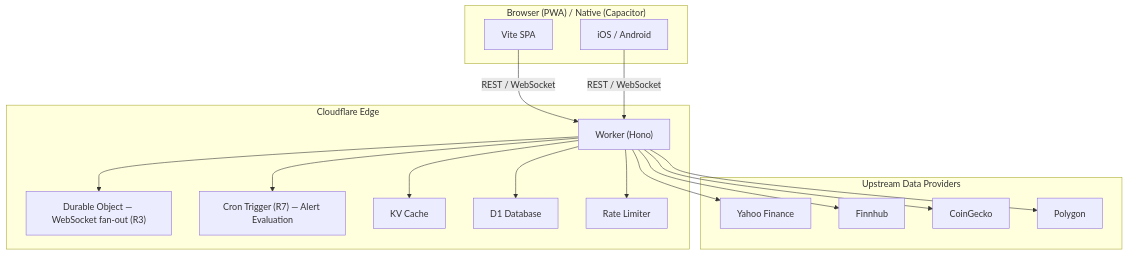
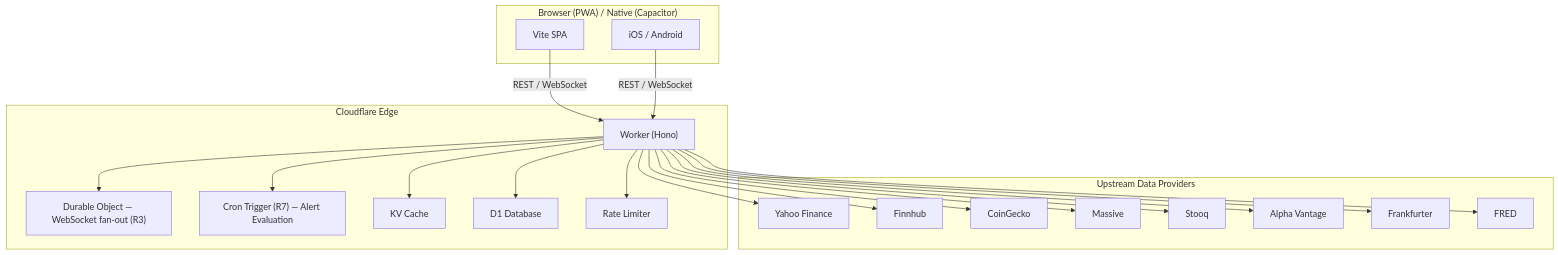
Before and after one commit to RajwanYair/CrossTide: the diagram in README.md, drawn with Mermaid. The commit also changed other lines of this file and 70 other files, not shown here.

Commit message:
docs: sync instructions, roadmap and changelog with project status

````diff
--- a/README.md
+++ b/README.md
@@ -203,35 +218,43 @@
 ```mermaid
 flowchart TD
   subgraph Client["Browser (PWA) / Native (Capacitor)"]
     SPA["Vite SPA"]
     Native["iOS / Android"]
   end
 
   subgraph Edge["Cloudflare Edge"]
     Worker["Worker (Hono)"]
     DO["Durable Object — WebSocket fan-out (R3)"]
     Cron["Cron Trigger (R7) — Alert Evaluation"]
     KV["KV Cache"]
     D1["D1 Database"]
     RL["Rate Limiter"]
   end
 
   subgraph Upstream["Upstream Data Providers"]
     Yahoo["Yahoo Finance"]
     Finnhub["Finnhub"]
     CoinGecko["CoinGecko"]
-    Polygon["Polygon"]
+    Massive["Massive"]
+    Stooq["Stooq"]
+    AlphaVantage["Alpha Vantage"]
+    Frankfurter["Frankfurter"]
+    FRED["FRED"]
   end
 
   SPA -- "REST / WebSocket" --> Worker
   Native -- "REST / WebSocket" --> Worker
   Worker --> DO
   Worker --> Cron
   Worker --> KV
   Worker --> D1
   Worker --> RL
   Worker --> Yahoo
   Worker --> Finnhub
   Worker --> CoinGecko
-  Worker --> Polygon
+  Worker --> Massive
+  Worker --> Stooq
+  Worker --> AlphaVantage
+  Worker --> Frankfurter
+  Worker --> FRED
 ```
````
